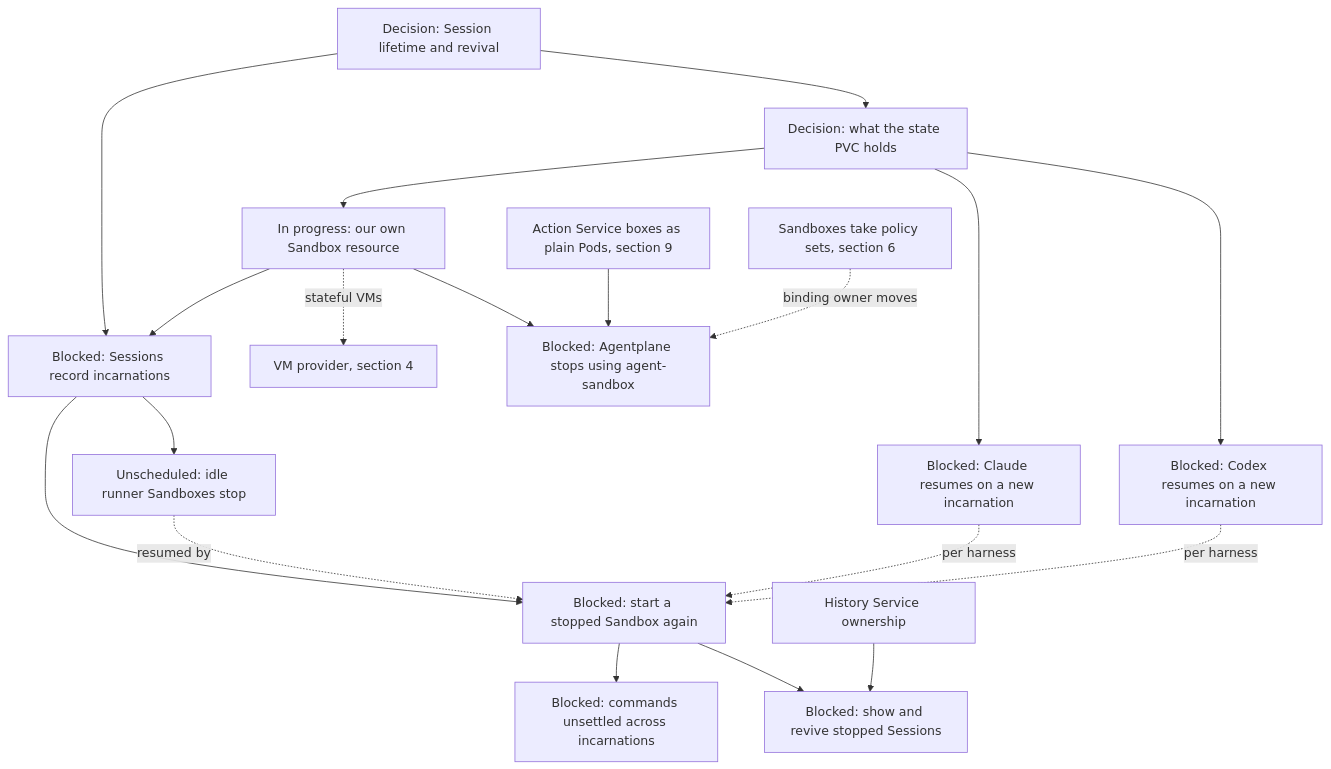
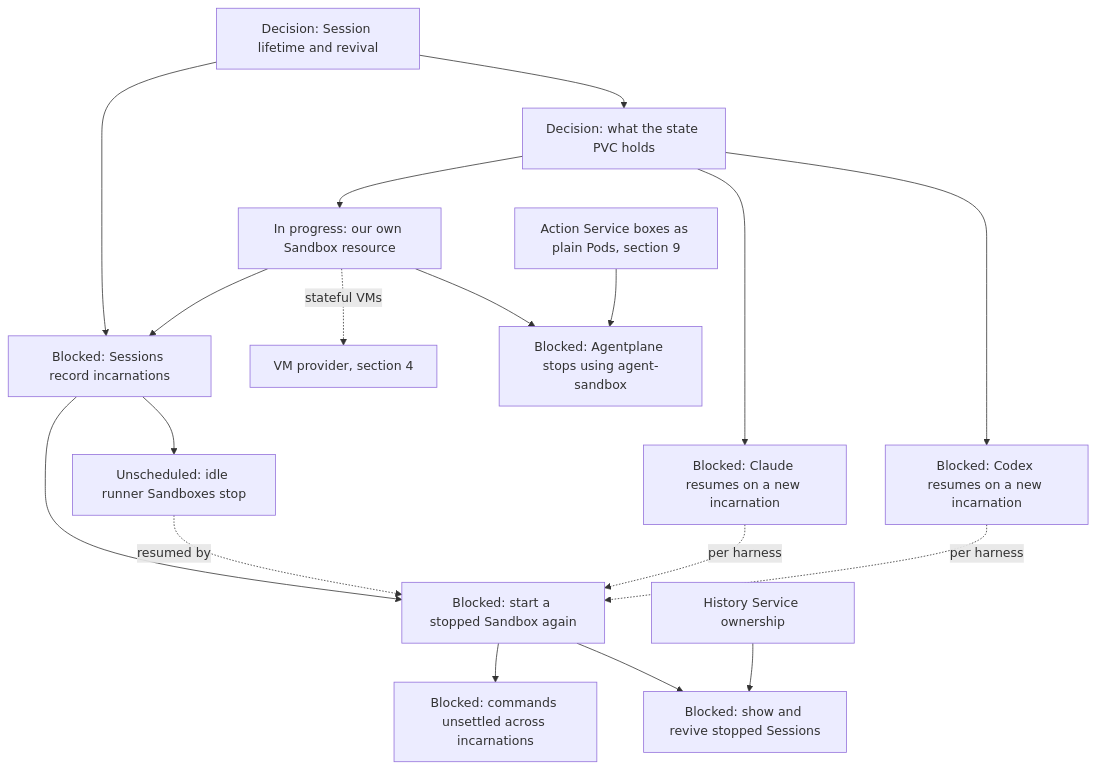
Before and after one commit to agentydragon-agent/ducktape: the tenth of 15 diagrams in agentplane/plans/task_dag.md, drawn with Mermaid. The commit also changed other lines of this file and 1 other file, not shown here.

````diff
--- a/agentplane/plans/task_dag.md
+++ b/agentplane/plans/task_dag.md
@@ -602,32 +601,31 @@
 ```mermaid
 flowchart TD
     DURABLE_SESSION_LIFECYCLE[Decision: Session lifetime and revival]
     SESSION_STATE_VOLUME_DESIGN[Decision: what the state PVC holds]
     AGENTPLANE_SANDBOX_RESOURCE[In progress: our own Sandbox resource]
     CLAUDE_PORTABLE_STATE[Blocked: Claude resumes on a new incarnation]
     CODEX_PORTABLE_STATE[Blocked: Codex resumes on a new incarnation]
     SESSION_INCARNATIONS[Blocked: Sessions record incarnations]
     SESSION_REVIVE[Blocked: start a stopped Sandbox again]
     THREAD_SUCCESSOR_DELIVERY[Blocked: commands unsettled across incarnations]
     HOSTED_THREAD_SURFACES[Blocked: show and revive stopped Sessions]
     HISTORY_SERVICE_OWNERSHIP[History Service ownership]
     VM_PROVIDER[VM provider, section 4]
     DURABLE_SESSION_LIFECYCLE --> SESSION_STATE_VOLUME_DESIGN
     DURABLE_SESSION_LIFECYCLE --> SESSION_INCARNATIONS
     SESSION_STATE_VOLUME_DESIGN --> AGENTPLANE_SANDBOX_RESOURCE
     SESSION_STATE_VOLUME_DESIGN --> CLAUDE_PORTABLE_STATE
     SESSION_STATE_VOLUME_DESIGN --> CODEX_PORTABLE_STATE
     AGENTPLANE_SANDBOX_RESOURCE --> SESSION_INCARNATIONS
     AGENTPLANE_SANDBOX_RESOURCE --> AGENT_SANDBOX_RETIRE[Blocked: Agentplane stops using agent-sandbox]
     ACTION_SANDBOX_PODS[Action Service boxes as plain Pods, section 9] --> AGENT_SANDBOX_RETIRE
-    POLICY_SANDBOX_CUTOVER[Sandboxes take policy sets, section 6] -. binding owner moves .-> AGENT_SANDBOX_RETIRE
     AGENTPLANE_SANDBOX_RESOURCE -. stateful VMs .-> VM_PROVIDER
     SESSION_INCARNATIONS --> SESSION_REVIVE
     SESSION_INCARNATIONS --> SANDBOX_IDLE_EXPIRY[Unscheduled: idle runner Sandboxes stop]
     SANDBOX_IDLE_EXPIRY -. resumed by .-> SESSION_REVIVE
     CLAUDE_PORTABLE_STATE -. per harness .-> SESSION_REVIVE
     CODEX_PORTABLE_STATE -. per harness .-> SESSION_REVIVE
     SESSION_REVIVE --> THREAD_SUCCESSOR_DELIVERY
     SESSION_REVIVE --> HOSTED_THREAD_SURFACES
     HISTORY_SERVICE_OWNERSHIP --> HOSTED_THREAD_SURFACES
 ```
````
